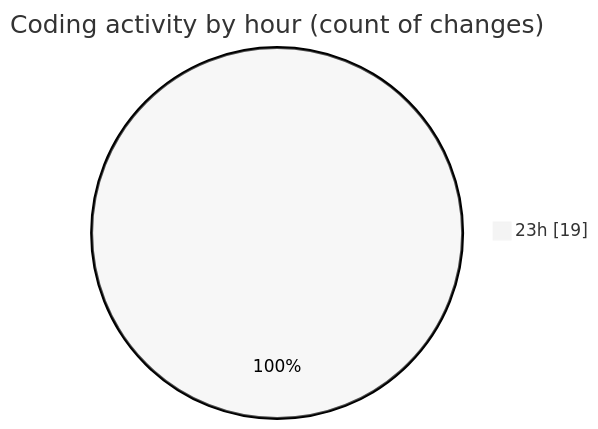
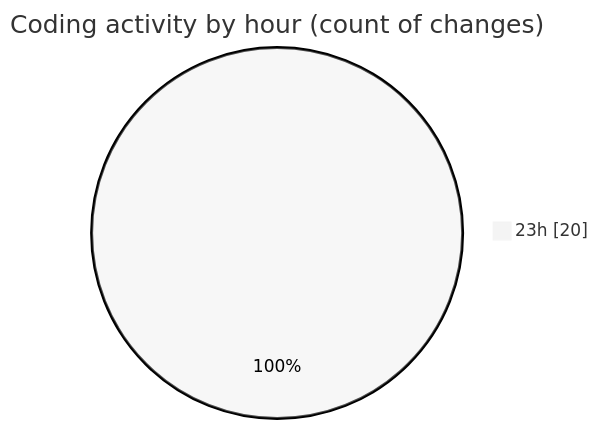
One commit to charlie-sans/code-tracking changed the second of 2 diagrams in 2025-03-18/jmasm/README.md. Above: the diagram before and after it, drawn with Mermaid (neutral theme). The commit also changed other lines of this file and 1 other file, not shown here.

````diff
--- a/2025-03-18/jmasm/README.md
+++ b/2025-03-18/jmasm/README.md
@@ -35,5 +36,5 @@
 ```mermaid
 pie showData
 title Coding activity by hour (count of changes)
-"23h" : 19
+"23h" : 20
 ```
````
